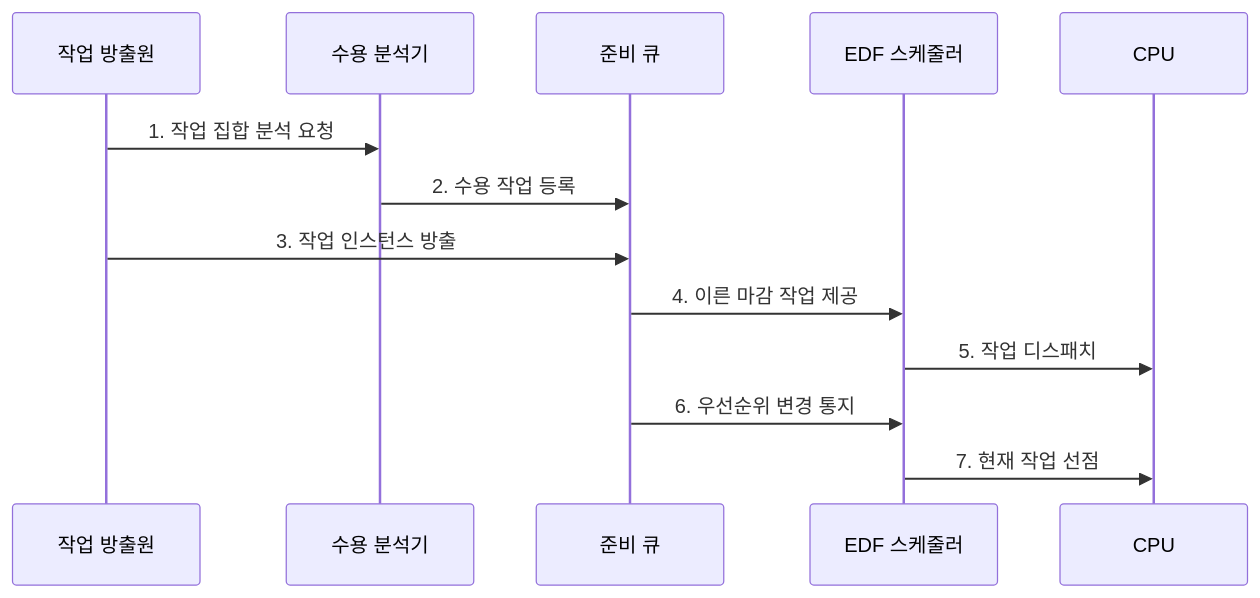
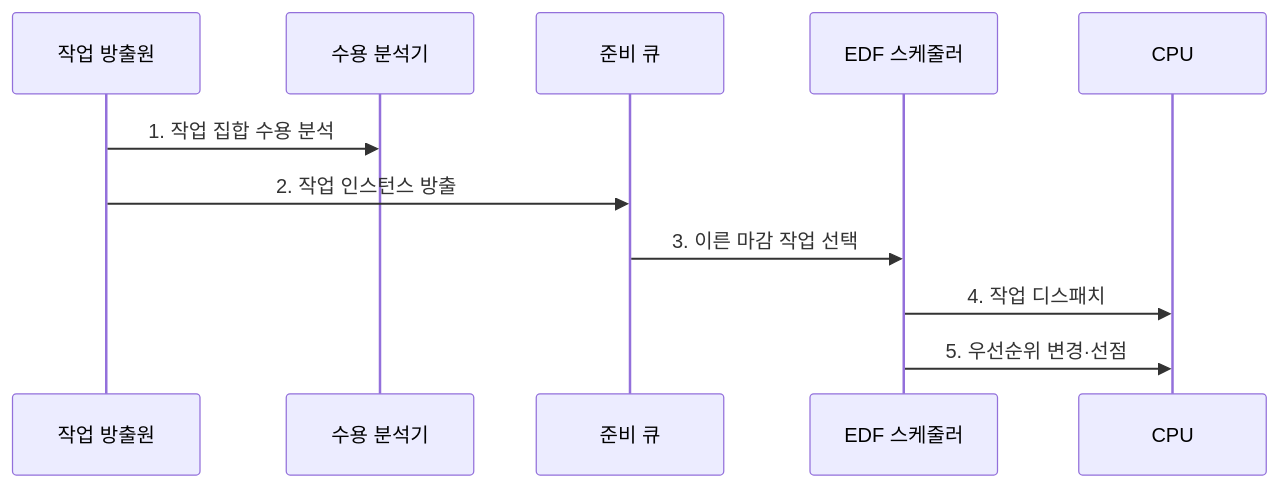
One commit to agnusdei1207/knowledge-base changed the second of 2 diagrams in src/content/docs/notes/03-software/007_realtime_scheduling.md. Above: the diagram before and after it, drawn with Mermaid. The commit also changed other lines of this file and 238 other files, not shown here.

````diff
--- a/src/content/docs/notes/03-software/007_realtime_scheduling.md
+++ b/src/content/docs/notes/03-software/007_realtime_scheduling.md
@@ -105,15 +105,13 @@
 ```mermaid
 sequenceDiagram
     participant J as 작업 방출원
     participant A as 수용 분석기
     participant Q as 준비 큐
     participant S as EDF 스케줄러
     participant C as CPU
-    J->>A: 1. 작업 집합 분석 요청
-    A->>Q: 2. 수용 작업 등록
-    J->>Q: 3. 작업 인스턴스 방출
-    Q->>S: 4. 이른 마감 작업 제공
-    S->>C: 5. 작업 디스패치
-    Q->>S: 6. 우선순위 변경 통지
-    S->>C: 7. 현재 작업 선점
+    J->>A: 1. 작업 집합 수용 분석
+    J->>Q: 2. 작업 인스턴스 방출
+    Q->>S: 3. 이른 마감 작업 선택
+    S->>C: 4. 작업 디스패치
+    S->>C: 5. 우선순위 변경·선점
 ```
````
